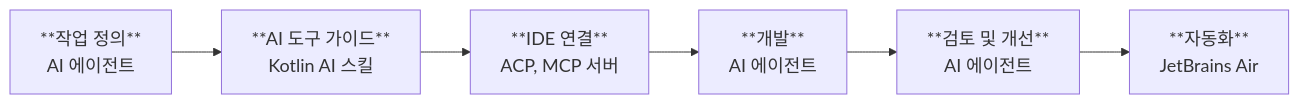
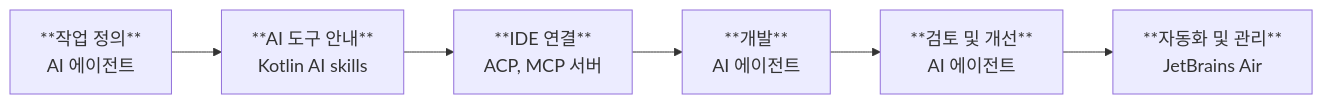
One commit to BinaryTape/Open-AIDoc changed the diagram in docs/ko/kotlin/ai-for-development.md. Above: the diagram before and after it, drawn with Mermaid. The commit also changed other lines of this file and 1240 other files, not shown here.

````diff
--- a/docs/ko/kotlin/ai-for-development.md
+++ b/docs/ko/kotlin/ai-for-development.md
@@ -12,20 +12,20 @@
 ```mermaid
 graph LR
     DefineTask["**작업 정의**
         AI 에이전트"]
-    Guide["**AI 도구 가이드**
-        Kotlin AI 스킬"]
+    Guide["**AI 도구 안내**
+        Kotlin AI skills"]
     Connect["**IDE 연결**
         ACP, MCP 서버"]
     Implement["**개발**
         AI 에이전트"]
     Review["**검토 및 개선**
         AI 에이전트"]
-    Automate["**자동화**
+    Automate["**자동화 및 관리**
         JetBrains Air"]
 
     DefineTask --> Guide --> Connect --> Implement --> Review --> Automate
 
     classDef largeNode font-size:18px;
     class DefineTask,Guide,Connect,Implement,Review,Automate largeNode;
 ```
````
